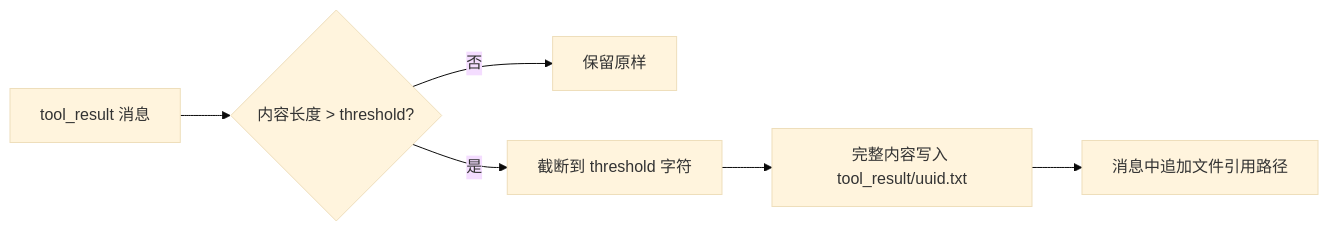
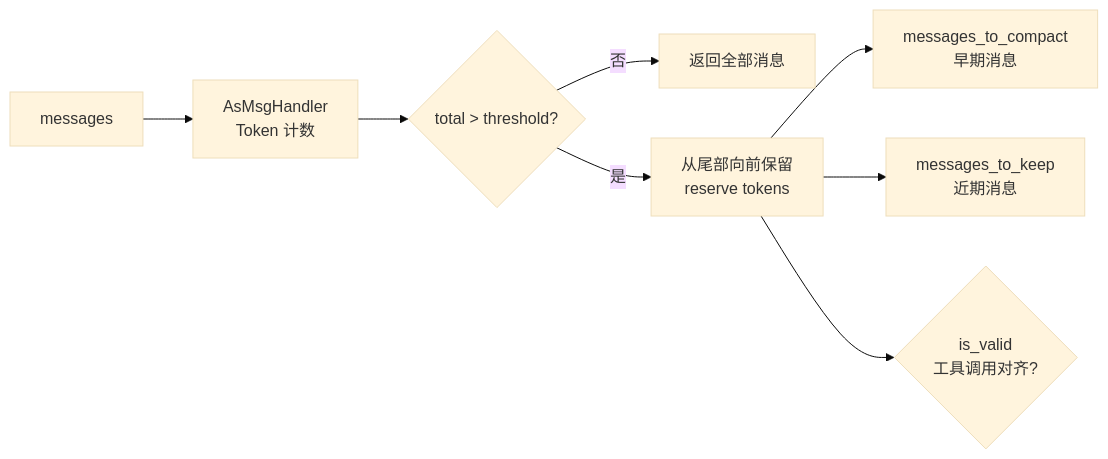
One commit to lllyyysss77/ReMe changed the second of 9 diagrams in README_ZH.md. Above: the diagram before and after it, drawn with Mermaid (base theme). The commit also changed other lines of this file and 106 other files, not shown here.

````diff
--- a/README_ZH.md
+++ b/README_ZH.md
@@ -214,8 +193,10 @@
 ```mermaid
 graph LR
-    A[tool_result 消息] --> B{内容长度 > threshold?}
-    B -->|否| C[保留原样]
-    B -->|是| D[截断到 threshold 字符]
-    D --> E[完整内容写入 tool_result/uuid.txt]
-    E --> F[消息中追加文件引用路径]
+    M[messages] --> H[AsMsgHandler<br>Token 计数]
+    H --> C{total > threshold?}
+    C -->|否| K[返回全部消息]
+    C -->|是| S[从尾部向前保留<br>reserve tokens]
+    S --> CP[messages_to_compact<br>早期消息]
+    S --> KP[messages_to_keep<br>近期消息]
+    S --> V{is_valid<br>工具调用对齐?}
 ```
````
